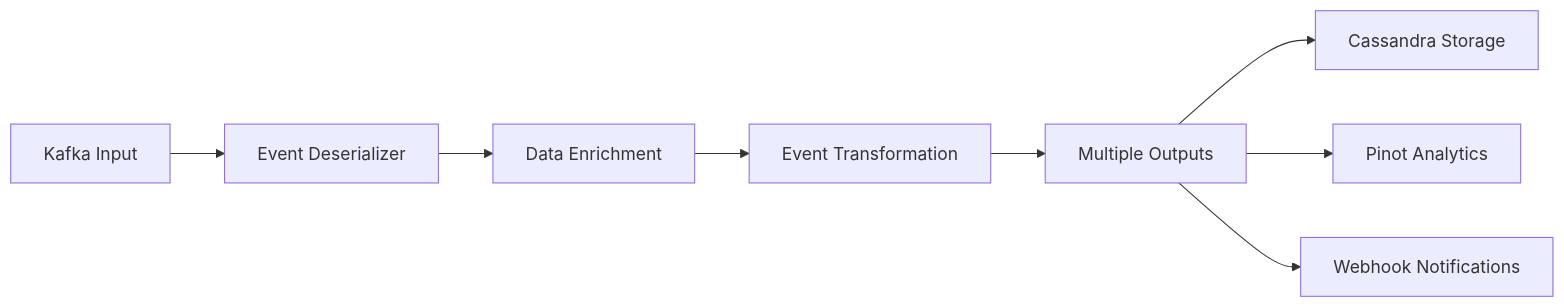
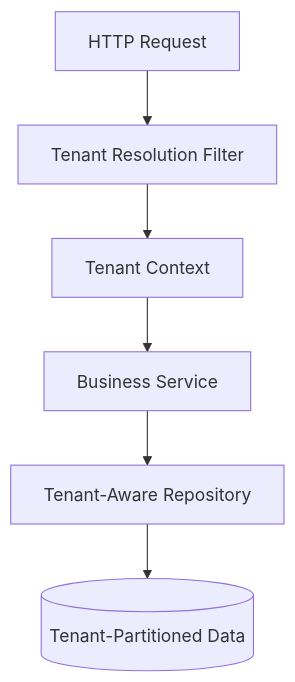
One commit to Praesto-Pro/openframe-oss-tenant changed the eighth of 11 diagrams in docs/development/architecture/README.md. Above: the diagram before and after it, drawn with Mermaid. The commit also changed other lines of this file and 214 other files, not shown here.

````diff
--- a/docs/development/architecture/README.md
+++ b/docs/development/architecture/README.md
@@ -224,10 +333,8 @@
 ```mermaid
-flowchart LR
-    KafkaIn[Kafka Input] --> Deserializer[Event Deserializer]
-    Deserializer --> Enrichment[Data Enrichment]
-    Enrichment --> Transform[Event Transformation]
-    Transform --> Multiple[Multiple Outputs]
-    Multiple --> Cassandra[Cassandra Storage]
-    Multiple --> Pinot[Pinot Analytics]
-    Multiple --> Webhook[Webhook Notifications]
+flowchart TD
+    Request[HTTP Request] --> TenantFilter[Tenant Resolution Filter]
+    TenantFilter --> TenantContext[Tenant Context]
+    TenantContext --> Service[Business Service]
+    Service --> Repository[Tenant-Aware Repository]
+    Repository --> Database[(Tenant-Partitioned Data)]
 ```
````
